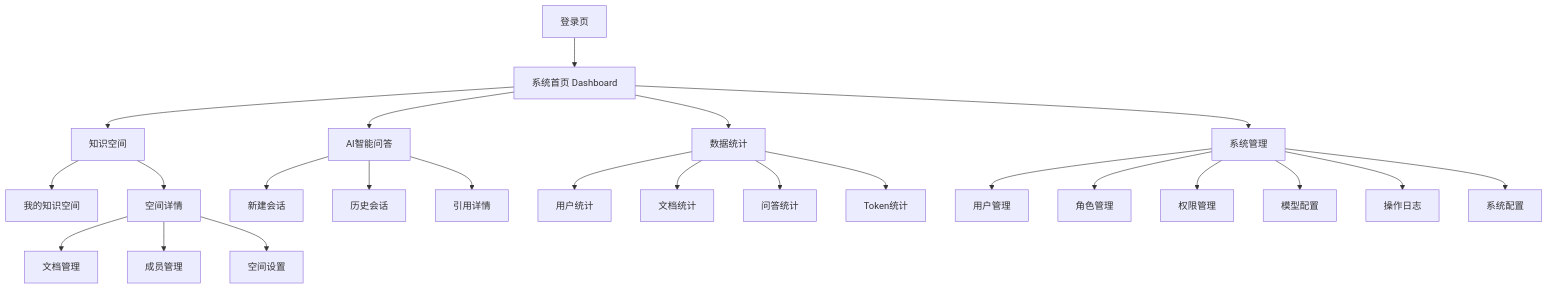
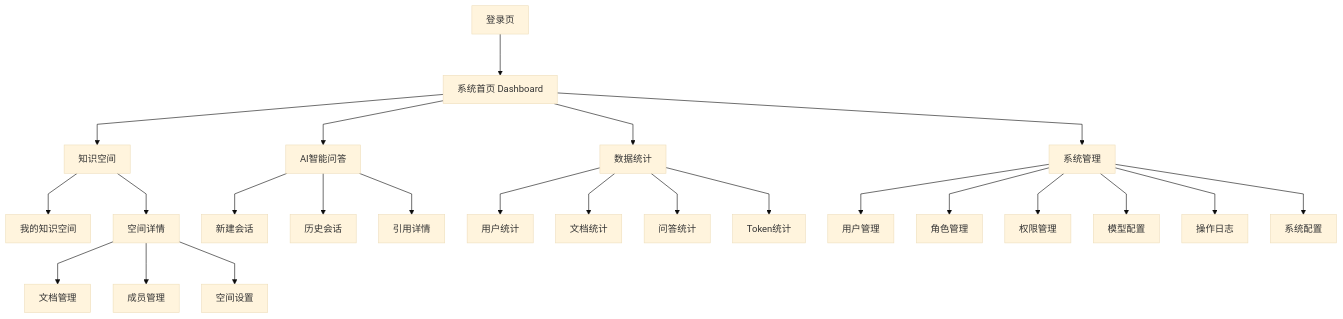
Before and after one commit to YJsnz/Agent: diagram 18 of 22 in readme.md, drawn with Mermaid. The commit also changed other lines of this file, not shown here.

````diff
--- a/readme.md
+++ b/readme.md
@@ -1481,31 +1520,32 @@
 ```mermaid
+%%{init: {"theme":"base","themeVariables":{"fontFamily":"Microsoft YaHei, Arial, sans-serif"},"flowchart":{"curve":"linear","nodeSpacing":38,"rankSpacing":70,"padding":12,"useMaxWidth":false}}}%%
 flowchart TD
     LOGIN["登录页"] --> HOME["系统首页 Dashboard"]
 
     HOME --> KB["知识空间"]
     HOME --> CHAT["AI智能问答"]
     HOME --> STAT["数据统计"]
     HOME --> SYS["系统管理"]
 
     KB --> KB1["我的知识空间"]
     KB --> KB2["空间详情"]
     KB2 --> KB3["文档管理"]
     KB2 --> KB4["成员管理"]
     KB2 --> KB5["空间设置"]
 
     CHAT --> C1["新建会话"]
     CHAT --> C2["历史会话"]
     CHAT --> C3["引用详情"]
 
     STAT --> S1["用户统计"]
     STAT --> S2["文档统计"]
     STAT --> S3["问答统计"]
     STAT --> S4["Token统计"]
 
     SYS --> M1["用户管理"]
     SYS --> M2["角色管理"]
     SYS --> M3["权限管理"]
     SYS --> M4["模型配置"]
     SYS --> M5["操作日志"]
     SYS --> M6["系统配置"]
 ```
````
